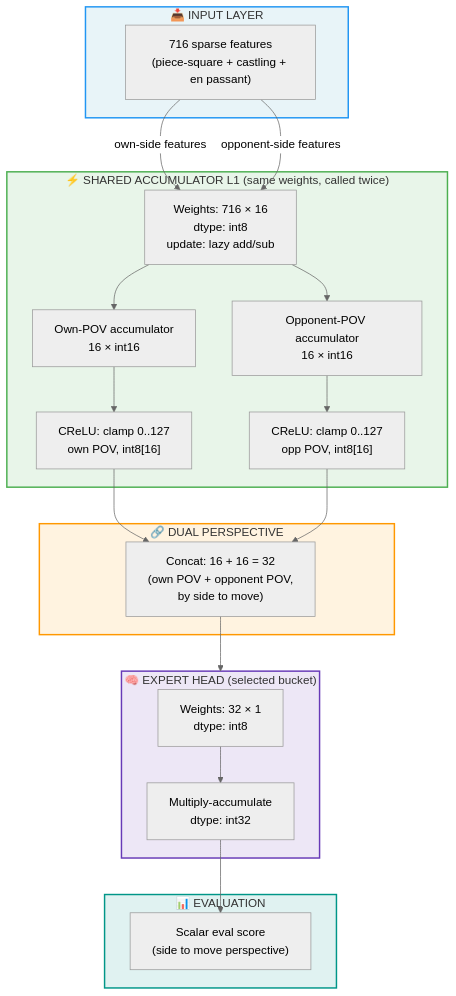
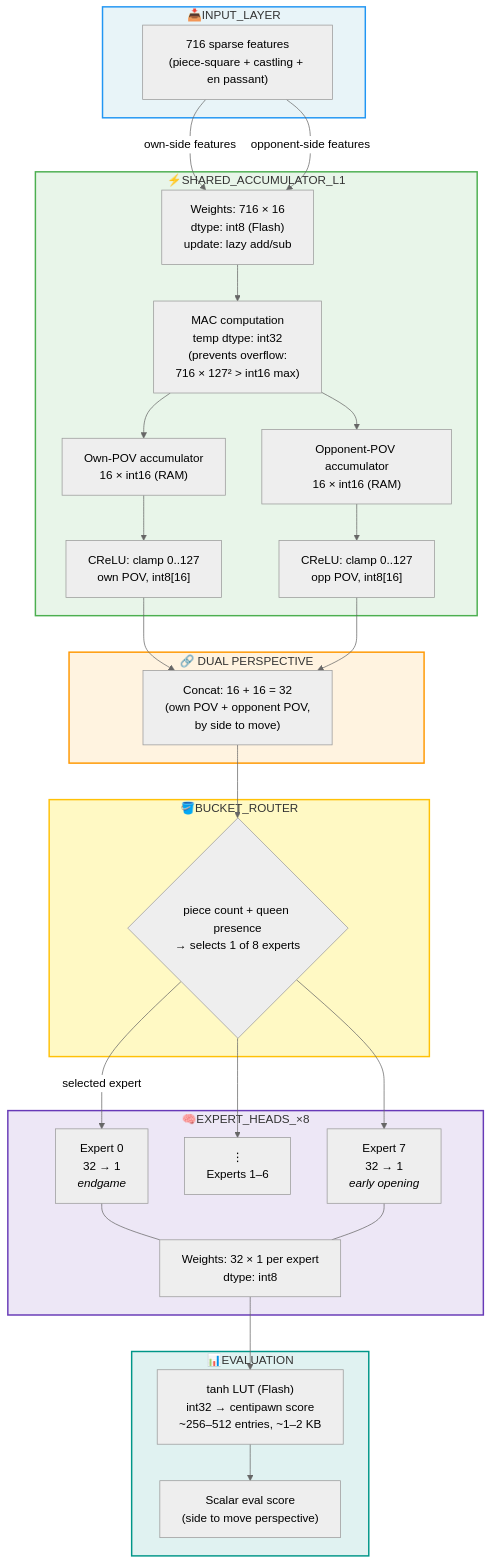
Before and after one commit to Omega97/TinyML_Internship: the third of 3 diagrams in NOTES/SARDINE Engine Blueprint.md, drawn with Mermaid (neutral theme). The commit also changed other lines of this file and 6 other files, not shown here.

````diff
--- a/NOTES/SARDINE Engine Blueprint.md
+++ b/NOTES/SARDINE Engine Blueprint.md
@@ -149,43 +122,51 @@
 ```mermaid
 flowchart TD
-    subgraph INPUT["📥 INPUT LAYER"]
-        X["716 sparse features<br/>(piece-square + castling + en passant)"]
-    end
-
-    subgraph ACC["⚡ SHARED ACCUMULATOR L1 (same weights, called twice)"]
-        W["Weights: 716 × 16<br/>dtype: int8<br/>update: lazy add/sub"]
-        A1["Own-POV accumulator<br/>16 × int16"]
-        A2["Opponent-POV accumulator<br/>16 × int16"]
-        C1["CReLU: clamp 0..127<br/>own POV, int8[16]"]
-        C2["CReLU: clamp 0..127<br/>opp POV, int8[16]"]
-        W --> A1 --> C1
-        W --> A2 --> C2
-    end
-
-    subgraph CONCAT["🔗 DUAL PERSPECTIVE"]
-        D["Concat: 16 + 16 = 32<br/>(own POV + opponent POV,<br/>by side to move)"]
-    end
-
-    subgraph EXPERT["🧠 EXPERT HEAD (selected bucket)"]
-        E["Weights: 32 × 1<br/>dtype: int8"]
-        MAC["Multiply-accumulate<br/>dtype: int32"]
-        E --> MAC
-    end
-
-    subgraph OUT["📊 EVALUATION"]
-        Y["Scalar eval score<br/>(side to move perspective)"]
-    end
-
-    X -->|"own-side features"| W
-    X -->|"opponent-side features"| W
-    C1 --> D
-    C2 --> D
-    D --> EXPERT
-    MAC --> Y
-
-    style INPUT fill:#e8f4f8,stroke:#2196F3,stroke-width:2px
-    style ACC fill:#e8f5e9,stroke:#4CAF50,stroke-width:2px
-    style CONCAT fill:#fff3e0,stroke:#FF9800,stroke-width:2px
-    style EXPERT fill:#ede7f6,stroke:#673AB7,stroke-width:2px
-    style OUT fill:#e0f2f1,stroke:#009688,stroke-width:2px
+     subgraph INPUT["📥INPUT_LAYER"]
+         X["716 sparse features<br/>(piece-square + castling + en passant)"]
+     end
+     subgraph ACC["⚡SHARED_ACCUMULATOR_L1"]
+         W["Weights: 716 × 16<br/>dtype: int8 (Flash)<br/>update: lazy add/sub"]
+         MAC["MAC computation<br/>temp dtype: int32<br/>(prevents overflow:<br/>716 × 127² > int16 max)"]
+         A1["Own-POV accumulator<br/>16 × int16 (RAM)"]
+         A2["Opponent-POV accumulator<br/>16 × int16 (RAM)"]
+         C1["CReLU: clamp 0..127<br/>own POV, int8[16]"]
+         C2["CReLU: clamp 0..127<br/>opp POV, int8[16]"]
+         W --> MAC
+         MAC --> A1 --> C1
+         MAC --> A2 --> C2
+     end
+     subgraph CONCAT["🔗 DUAL PERSPECTIVE"]
+         D["Concat: 16 + 16 = 32<br/>(own POV + opponent POV,<br/>by side to move)"]
+     end
+     subgraph ROUTER["🪣BUCKET_ROUTER"]
+         R{"piece count + queen presence<br/>→ selects 1 of 8 experts"}
+     end
+     subgraph EXPERTS["🧠EXPERT_HEADS_×8"]
+         E0["Expert 0<br/>32 → 1<br/><i>endgame</i>"]
+         ELLIPSIS["⋮<br/>Experts 1–6"]
+         E7["Expert 7<br/>32 → 1<br/><i>early opening</i>"]
+         EW["Weights: 32 × 1 per expert<br/>dtype: int8"]
+         E0 --- EW
+         E7 --- EW
+     end
+     subgraph OUT["📊EVALUATION"]
+         LUT["tanh LUT (Flash)<br/>int32 → centipawn score<br/>~256–512 entries, ~1–2 KB"]
+         Y["Scalar eval score<br/>(side to move perspective)"]
+         LUT --> Y
+     end
+     X -->|"own-side features"| W
+     X -->|"opponent-side features"| W
+     C1 --> D
+     C2 --> D
+     D --> R
+     R -->|"selected expert"| E0
+     R --> ELLIPSIS
+     R --> E7
+     EW --> LUT
+     style INPUT fill:#e8f4f8,stroke:#2196F3,stroke-width:2px
+     style ACC fill:#e8f5e9,stroke:#4CAF50,stroke-width:2px
+     style CONCAT fill:#fff3e0,stroke:#FF9800,stroke-width:2px
+     style ROUTER fill:#fff9c4,stroke:#FFC107,stroke-width:2px
+     style EXPERTS fill:#ede7f6,stroke:#673AB7,stroke-width:2px
+     style OUT fill:#e0f2f1,stroke:#009688,stroke-width:2px
 ```
````
